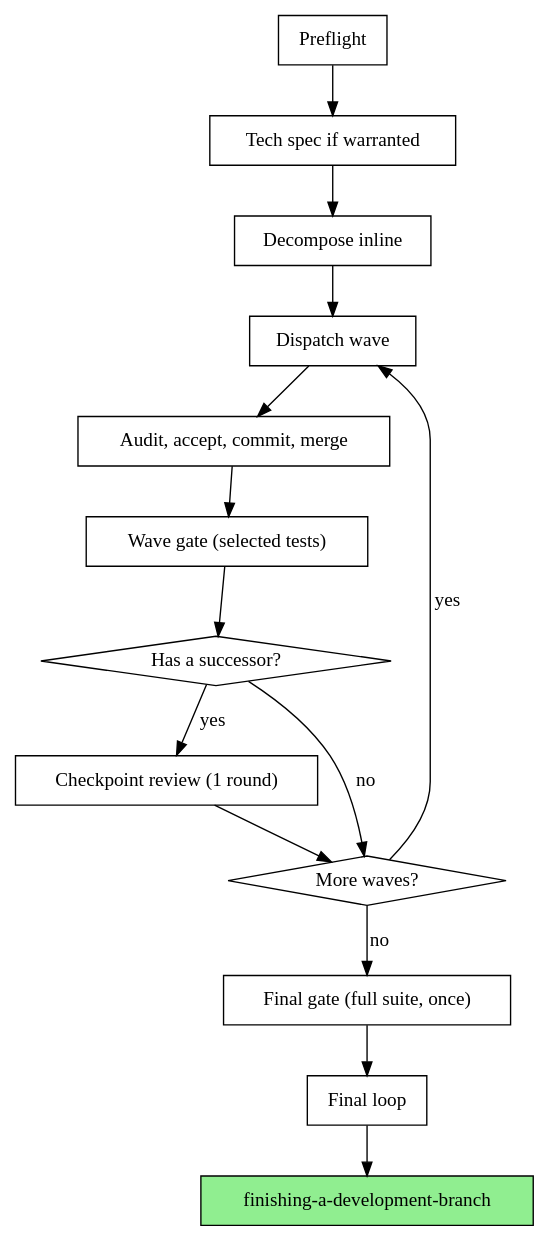
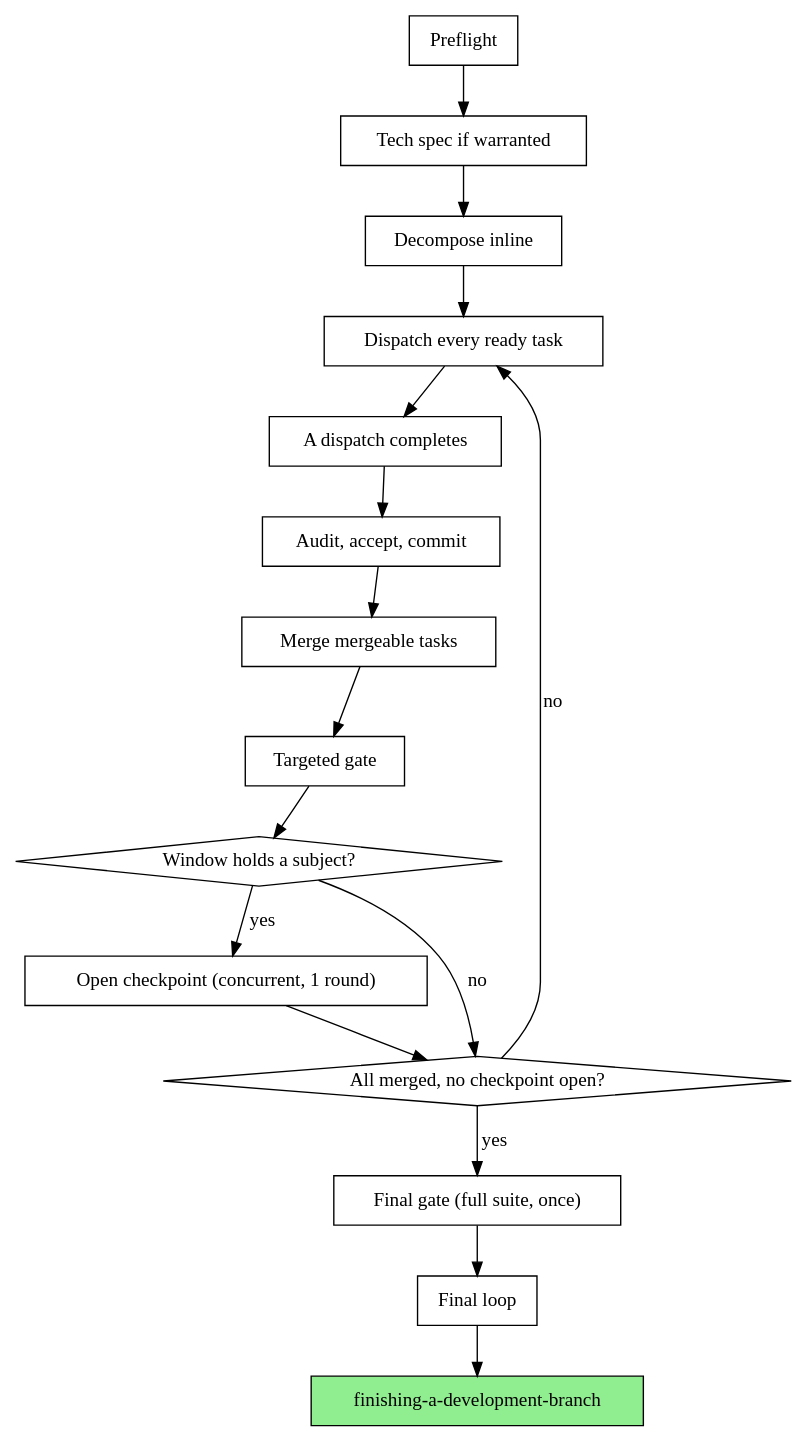
One commit to zpyoung/quirk changed the second of 2 diagrams in skills/subagent-driven-development/SKILL.md. Above: the diagram before and after it, drawn with Graphviz. The commit also changed other lines of this file and 7 other files, not shown here.

````diff
--- a/skills/subagent-driven-development/SKILL.md
+++ b/skills/subagent-driven-development/SKILL.md
@@ -60,27 +60,30 @@
 ```dot
 digraph process {
     rankdir=TB;
     "Preflight" [shape=box];
     "Tech spec if warranted" [shape=box];
     "Decompose inline" [shape=box];
-    "Dispatch wave" [shape=box];
-    "Audit, accept, commit, merge" [shape=box];
-    "Wave gate (selected tests)" [shape=box];
-    "Has a successor?" [shape=diamond];
-    "Checkpoint review (1 round)" [shape=box];
-    "More waves?" [shape=diamond];
+    "Dispatch every ready task" [shape=box];
+    "A dispatch completes" [shape=box];
+    "Audit, accept, commit" [shape=box];
+    "Merge mergeable tasks" [shape=box];
+    "Targeted gate" [shape=box];
+    "Window holds a subject?" [shape=diamond];
+    "Open checkpoint (concurrent, 1 round)" [shape=box];
+    "All merged, no checkpoint open?" [shape=diamond];
     "Final gate (full suite, once)" [shape=box];
     "Final loop" [shape=box];
     "finishing-a-development-branch" [shape=box style=filled fillcolor=lightgreen];
 
-    "Preflight" -> "Tech spec if warranted" -> "Decompose inline" -> "Dispatch wave";
-    "Dispatch wave" -> "Audit, accept, commit, merge" -> "Wave gate (selected tests)" -> "Has a successor?";
-    "Has a successor?" -> "Checkpoint review (1 round)" [label="yes"];
-    "Has a successor?" -> "More waves?" [label="no"];
-    "Checkpoint review (1 round)" -> "More waves?";
-    "More waves?" -> "Dispatch wave" [label="yes"];
-    "More waves?" -> "Final gate (full suite, once)" [label="no"];
+    "Preflight" -> "Tech spec if warranted" -> "Decompose inline" -> "Dispatch every ready task";
+    "Dispatch every ready task" -> "A dispatch completes" -> "Audit, accept, commit";
+    "Audit, accept, commit" -> "Merge mergeable tasks" -> "Targeted gate" -> "Window holds a subject?";
+    "Window holds a subject?" -> "Open checkpoint (concurrent, 1 round)" [label="yes"];
+    "Window holds a subject?" -> "All merged, no checkpoint open?" [label="no"];
+    "Open checkpoint (concurrent, 1 round)" -> "All merged, no checkpoint open?";
+    "All merged, no checkpoint open?" -> "Dispatch every ready task" [label="no"];
+    "All merged, no checkpoint open?" -> "Final gate (full suite, once)" [label="yes"];
     "Final gate (full suite, once)" -> "Final loop";
     "Final loop" -> "finishing-a-development-branch";
 }
 ```
````
